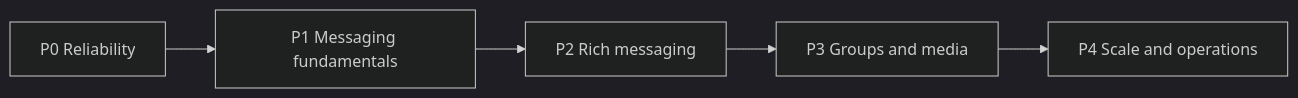
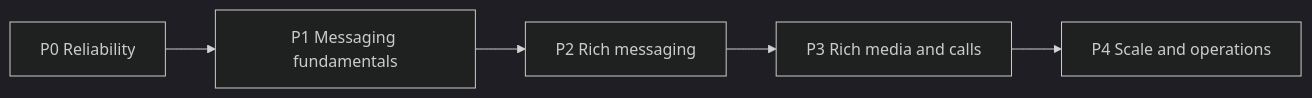
The second of 2 diagrams in docs/09-testing-and-roadmap.md (Saurav11343/click-chat), drawn with Mermaid (dark theme) before and after one commit. The commit also changed other lines of this file and 15 other files, not shown here.

````diff
--- a/docs/09-testing-and-roadmap.md
+++ b/docs/09-testing-and-roadmap.md
@@ -140,7 +161,7 @@
 ```mermaid
 flowchart LR
     P0["P0 Reliability"] --> P1["P1 Messaging fundamentals"]
     P1 --> P2["P2 Rich messaging"]
-    P2 --> P3["P3 Groups and media"]
+    P2 --> P3["P3 Rich media and calls"]
     P3 --> P4["P4 Scale and operations"]
 ```
````
